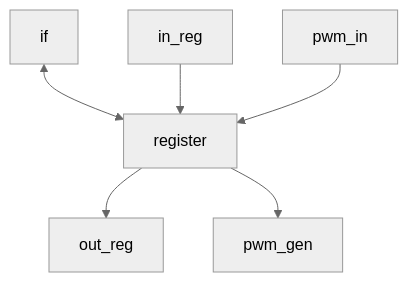
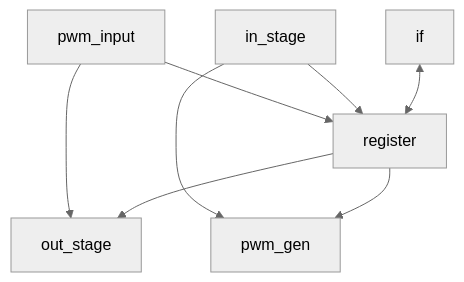
The second of 2 diagrams in docs/specification.md (FHW-Appel/asic-pwm-inout-test), drawn with Mermaid (neutral theme) before and after one commit. The commit also changed other lines of this file, not shown here.

````diff
--- a/docs/specification.md
+++ b/docs/specification.md
@@ -84,14 +145,16 @@
 ```mermaid
 graph TD;
     A[if];
     B[register];
-    C[in_reg]; D[pwm_in]; 
-    E[out_reg]; F[pwm_gen];
+    C[in_stage]; D[pwm_input]; 
+    E[out_stage]; F[pwm_gen];
 
 
     A <--> B;
     C --> B;
     D --> B;
     B --> E;
     B --> F;
+    C --> F;
+    D --> E;
 ```
````
